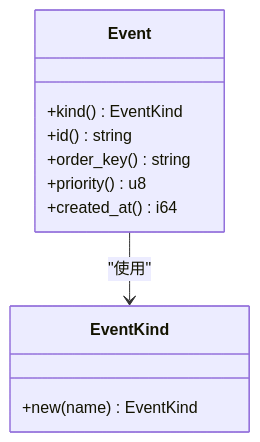
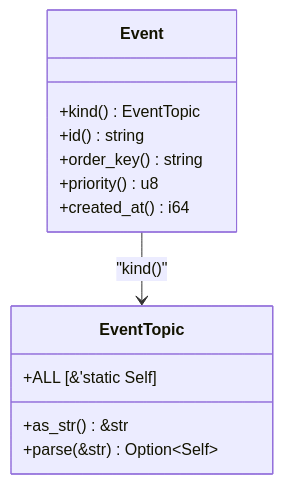
Before and after one commit to runningcoders/ai_orz: the third of 8 diagrams in docs/wiki/zh/content/核心模块/AOP 事件系统/事件队列系统/事件调度器.md, drawn with Mermaid. The commit also changed other lines of this file and 37 other files, not shown here.

````diff
--- a/docs/wiki/zh/content/核心模块/AOP 事件系统/事件队列系统/事件调度器.md
+++ b/docs/wiki/zh/content/核心模块/AOP 事件系统/事件队列系统/事件调度器.md
@@ -139,14 +146,16 @@
 ```mermaid
 classDiagram
 class Event {
-+kind() EventKind
++kind() EventTopic
 +id() string
 +order_key() string
 +priority() u8
 +created_at() i64
 }
-class EventKind {
-+new(name) EventKind
+class EventTopic {
++as_str() &str
++parse(&str) Option~Self~
++ALL [&'static Self]
 }
-Event --> EventKind : "使用"
+Event --> EventTopic : "kind()"
 ```
````
